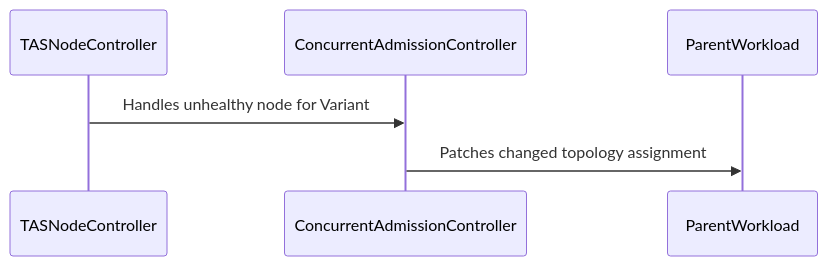
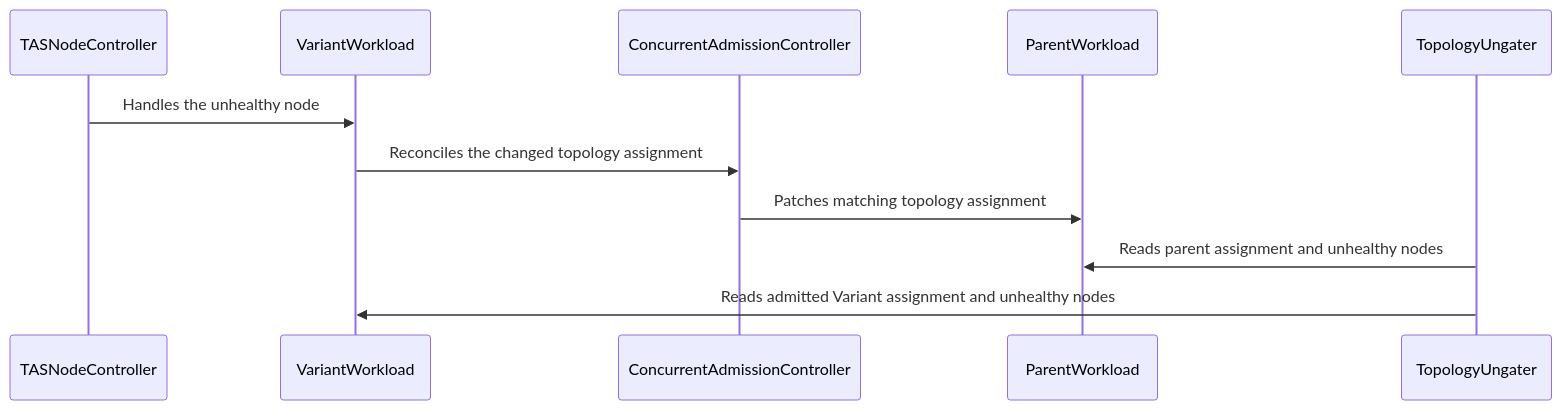
One commit to reruno/kueue-llm-wiki changed the diagram in raw/github/kubernetes-sigs__kueue/pr-18231.md. Above: the diagram before and after it, drawn with Mermaid. The commit also changed other lines of this file and 1319 other files, not shown here.

````diff
--- a/raw/github/kubernetes-sigs__kueue/pr-18231.md
+++ b/raw/github/kubernetes-sigs__kueue/pr-18231.md
@@ -169,8 +210,13 @@
 ```mermaid
 sequenceDiagram
   participant TASNodeController
+  participant VariantWorkload
   participant ConcurrentAdmissionController
   participant ParentWorkload
-  TASNodeController->>ConcurrentAdmissionController: Handles unhealthy node for Variant
-  ConcurrentAdmissionController->>ParentWorkload: Patches changed topology assignment
+  participant TopologyUngater
+  TASNodeController->>VariantWorkload: Handles the unhealthy node
+  VariantWorkload->>ConcurrentAdmissionController: Reconciles the changed topology assignment
+  ConcurrentAdmissionController->>ParentWorkload: Patches matching topology assignment
+  TopologyUngater->>ParentWorkload: Reads parent assignment and unhealthy nodes
+  TopologyUngater->>VariantWorkload: Reads admitted Variant assignment and unhealthy nodes
 ```
````
